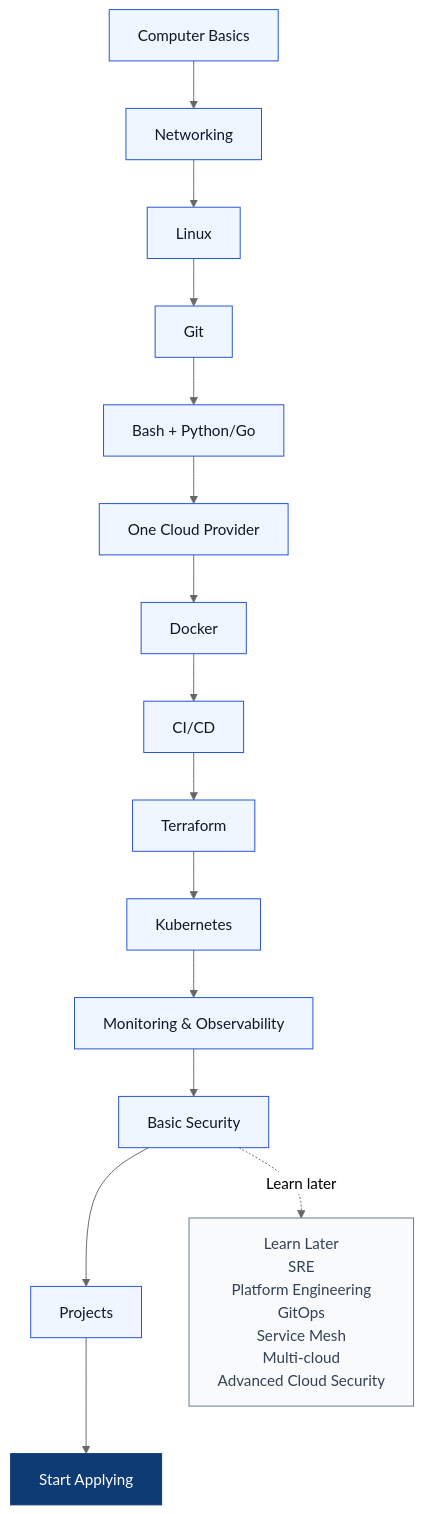
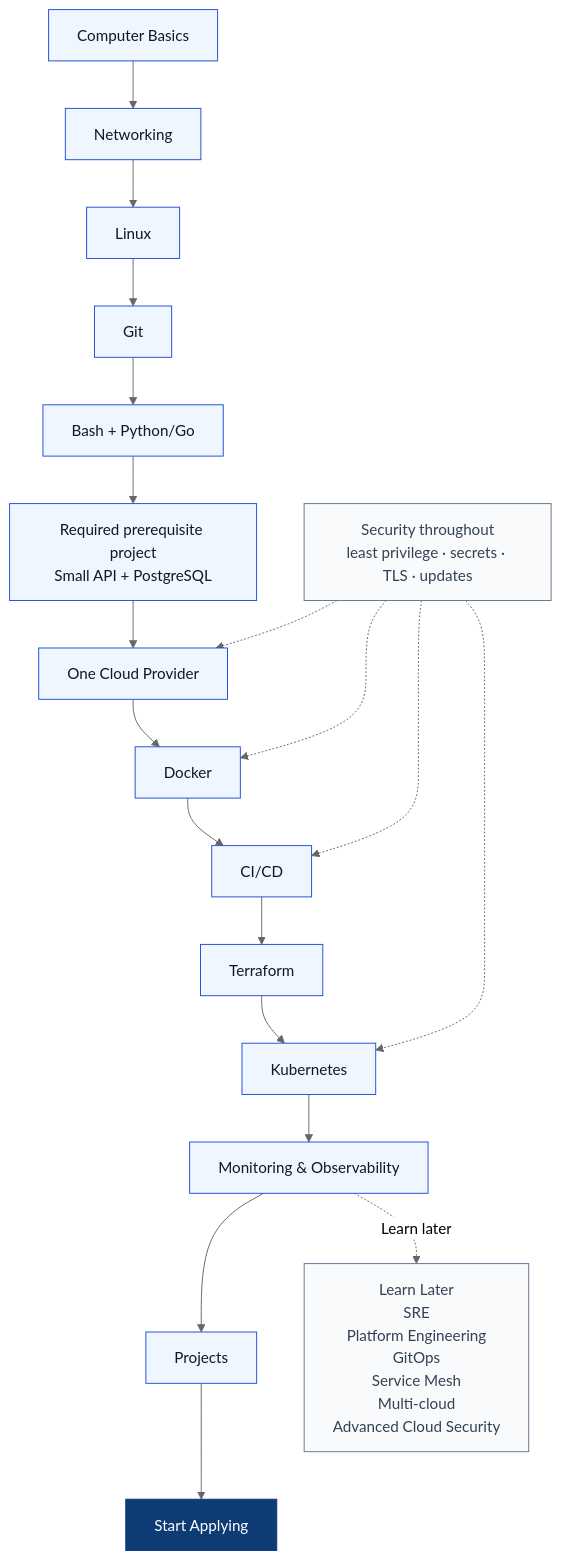
One commit to mazenessam77/cloud-devops-roadmap-2026 changed the diagram in diagrams/roadmap.md. Above: the diagram before and after it, drawn with Mermaid (neutral theme). The commit also changed 5 other files, not shown here.

````diff
--- a/diagrams/roadmap.md
+++ b/diagrams/roadmap.md
@@ -3,25 +3,30 @@
 ```mermaid
 flowchart TD
     Computer[Computer Basics] --> Networking[Networking]
     Networking --> Linux[Linux]
     Linux --> Git[Git]
     Git --> Automation[Bash + Python/Go]
-    Automation --> Cloud[One Cloud Provider]
+    Automation --> Prerequisite[Required prerequisite project<br/>Small API + PostgreSQL]
+    Prerequisite --> Cloud[One Cloud Provider]
     Cloud --> Docker[Docker]
     Docker --> CICD[CI/CD]
     CICD --> Terraform[Terraform]
     Terraform --> Kubernetes[Kubernetes]
     Kubernetes --> Observability[Monitoring & Observability]
-    Observability --> Security[Basic Security]
-    Security --> Projects[Projects]
+    Observability --> Projects[Projects]
     Projects --> Applying[Start Applying]
 
-    Security -. Learn later .-> Later[Learn Later<br/>SRE<br/>Platform Engineering<br/>GitOps<br/>Service Mesh<br/>Multi-cloud<br/>Advanced Cloud Security]
+    Security[Security throughout<br/>least privilege · secrets · TLS · updates] -.-> Cloud
+    Security -.-> Docker
+    Security -.-> CICD
+    Security -.-> Kubernetes
+
+    Observability -. Learn later .-> Later[Learn Later<br/>SRE<br/>Platform Engineering<br/>GitOps<br/>Service Mesh<br/>Multi-cloud<br/>Advanced Cloud Security]
 
     classDef main fill:#eff6ff,stroke:#1d4ed8,color:#0f172a,stroke-width:1px;
     classDef final fill:#0f3b75,stroke:#0f3b75,color:#ffffff,stroke-width:1px;
     classDef later fill:#f8fafc,stroke:#64748b,color:#334155,stroke-width:1px;
-    class Computer,Networking,Linux,Git,Automation,Cloud,Docker,CICD,Terraform,Kubernetes,Observability,Security,Projects main;
+    class Computer,Networking,Linux,Git,Automation,Prerequisite,Cloud,Docker,CICD,Terraform,Kubernetes,Observability,Projects main;
     class Applying final;
-    class Later later;
+    class Later,Security later;
 ```
````
